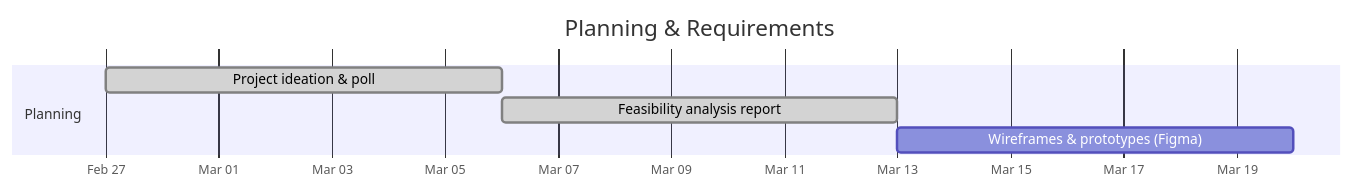
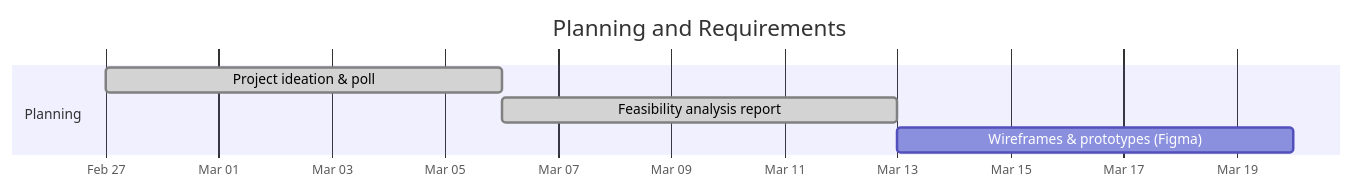
One commit to LuizGomes56/poosd_final_project changed the first of 7 diagrams in GANTT.md. Above: the diagram before and after it, drawn with Mermaid. The commit also changed other lines of this file, not shown here.

````diff
--- a/GANTT.md
+++ b/GANTT.md
@@ -15,11 +15,11 @@
 ```mermaid
 gantt
-    title Planning & Requirements
+    title Planning and Requirements
     dateFormat  YYYY-MM-DD
     axisFormat  %b %d
 
     section Planning
     Project ideation & poll          :done, plan1, 2026-02-27, 2026-03-06
     Feasibility analysis report      :done, plan2, 2026-03-06, 2026-03-13
     Wireframes & prototypes (Figma)  :      ux1,   2026-03-13, 2026-03-20
 ```
````
